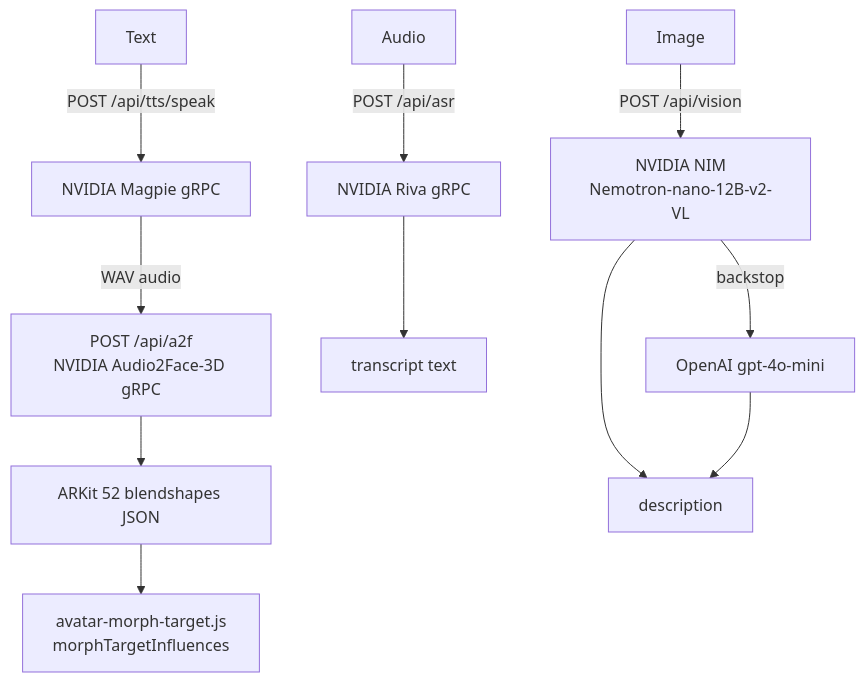
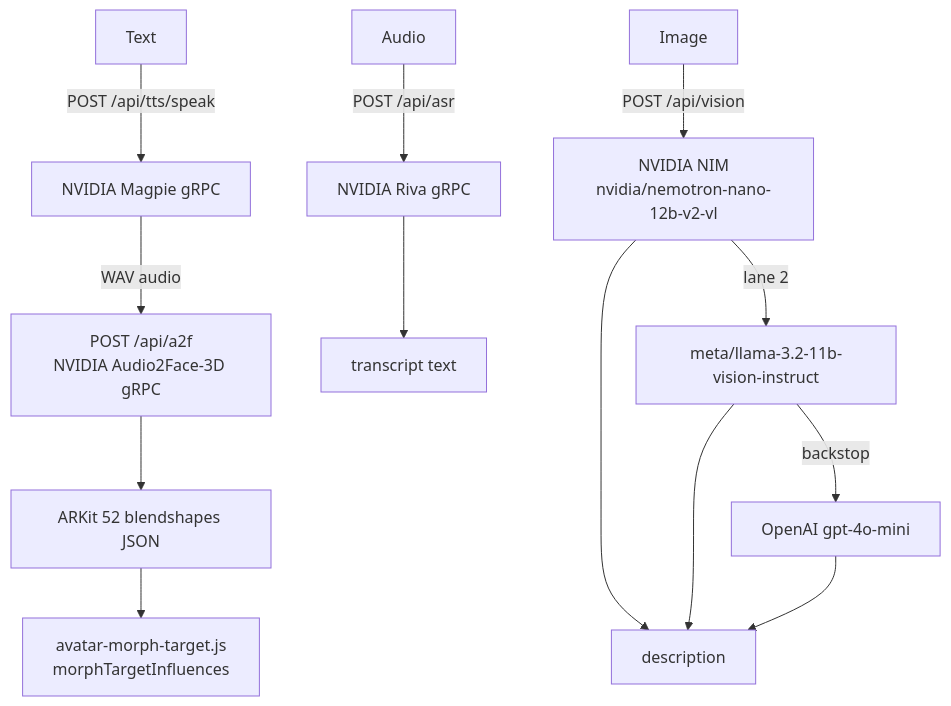
Before and after one commit to NorthernAI-coder/three.ws: the tenth of 22 diagrams in ARCHITECTURE.md, drawn with Mermaid. The commit also changed other lines of this file, not shown here.

````diff
--- a/ARCHITECTURE.md
+++ b/ARCHITECTURE.md
@@ -1368,15 +1404,17 @@
 ```mermaid
 flowchart TD
     TXT["Text"] -->|"POST /api/tts/speak"| MAG["NVIDIA Magpie gRPC"]
     MAG -->|"WAV audio"| A2F["POST /api/a2f\nNVIDIA Audio2Face-3D gRPC"]
     A2F --> BS["ARKit 52 blendshapes JSON"]
     BS --> MT["avatar-morph-target.js\nmorphTargetInfluences"]
 
     AUD["Audio"] -->|"POST /api/asr"| RIV["NVIDIA Riva gRPC"]
     RIV --> TXT2["transcript text"]
 
-    IMG["Image"] -->|"POST /api/vision"| VLM["NVIDIA NIM\nNemotron-nano-12B-v2-VL"]
+    IMG["Image"] -->|"POST /api/vision"| VLM["NVIDIA NIM\nnvidia/nemotron-nano-12b-v2-vl"]
+    VLM -->|"lane 2"| VLM2["meta/llama-3.2-11b-vision-instruct"]
     VLM --> DESC["description"]
-    VLM -->|"backstop"| MINI["OpenAI gpt-4o-mini"]
+    VLM2 --> DESC
+    VLM2 -->|"backstop"| MINI["OpenAI gpt-4o-mini"]
     MINI --> DESC
 ```
````
